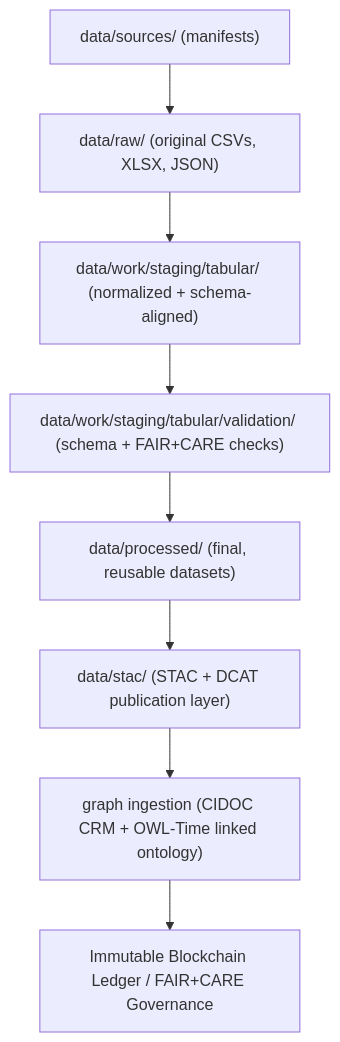
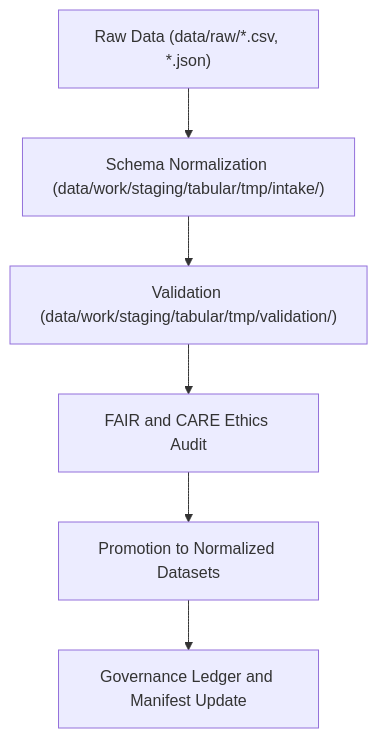
The diagram in data/work/staging/tabular/README.md (bartytime4life/Kansas-Frontier-Matrix), drawn with Mermaid before and after one commit. The commit also changed other lines of this file, not shown here.

First line of the commit message:
Revise README for tabular staging data version update

````diff
--- a/data/work/staging/tabular/README.md
+++ b/data/work/staging/tabular/README.md
@@ -100,10 +72,8 @@
 ```mermaid
 flowchart TD
-  A["data/sources/ (manifests)"] --> B["data/raw/ (original CSVs, XLSX, JSON)"]
-  B --> C["data/work/staging/tabular/ (normalized + schema-aligned)"]
-  C --> D["data/work/staging/tabular/validation/ (schema + FAIR+CARE checks)"]
-  D --> E["data/processed/ (final, reusable datasets)"]
-  E --> F["data/stac/ (STAC + DCAT publication layer)"]
-  F --> G["graph ingestion (CIDOC CRM + OWL-Time linked ontology)"]
-  G --> H["Immutable Blockchain Ledger / FAIR+CARE Governance"]
+    A["Raw Data (data/raw/*.csv, *.json)"] --> B["Schema Normalization (data/work/staging/tabular/tmp/intake/)"]
+    B --> C["Validation (data/work/staging/tabular/tmp/validation/)"]
+    C --> D["FAIR and CARE Ethics Audit"]
+    D --> E["Promotion to Normalized Datasets"]
+    E --> F["Governance Ledger and Manifest Update"]
 ```
````
